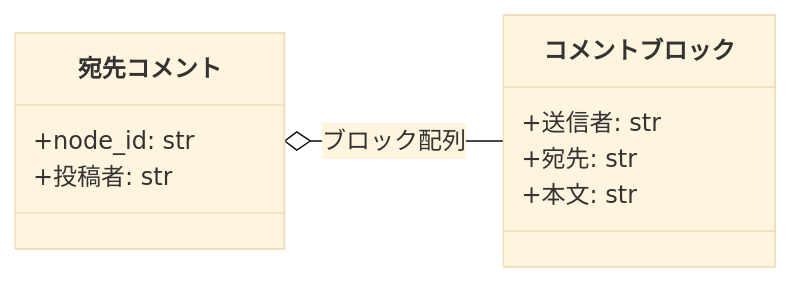
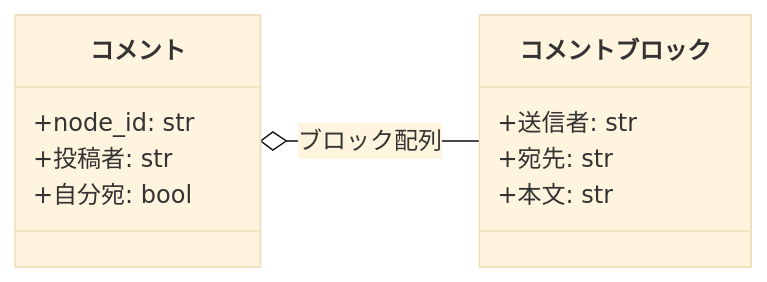
One commit to shuhei1101/ai-monitor changed the third of 12 diagrams in docs/wiki/設計図/モジュール構成/MCP/GitHub操作.py.md. Above: the diagram before and after it, drawn with Mermaid (base theme). The commit also changed other lines of this file and 34 other files, not shown here.

````diff
--- a/docs/wiki/設計図/モジュール構成/MCP/GitHub操作.py.md
+++ b/docs/wiki/設計図/モジュール構成/MCP/GitHub操作.py.md
@@ -193,18 +193,19 @@
 ```mermaid
 classDiagram
   direction LR
-  宛先コメント o-- コメントブロック : ブロック配列
+  コメント o-- コメントブロック : ブロック配列
 
-  class 宛先コメント {
+  class コメント {
     +node_id: str
     +投稿者: str
+    +自分宛: bool
   }
   class コメントブロック {
     +送信者: str
     +宛先: str
     +本文: str
   }
 
-  click 宛先コメント href "#宛先コメント"
+  click コメント href "#コメント"
   click コメントブロック href "#コメントブロック"
 ```
````
